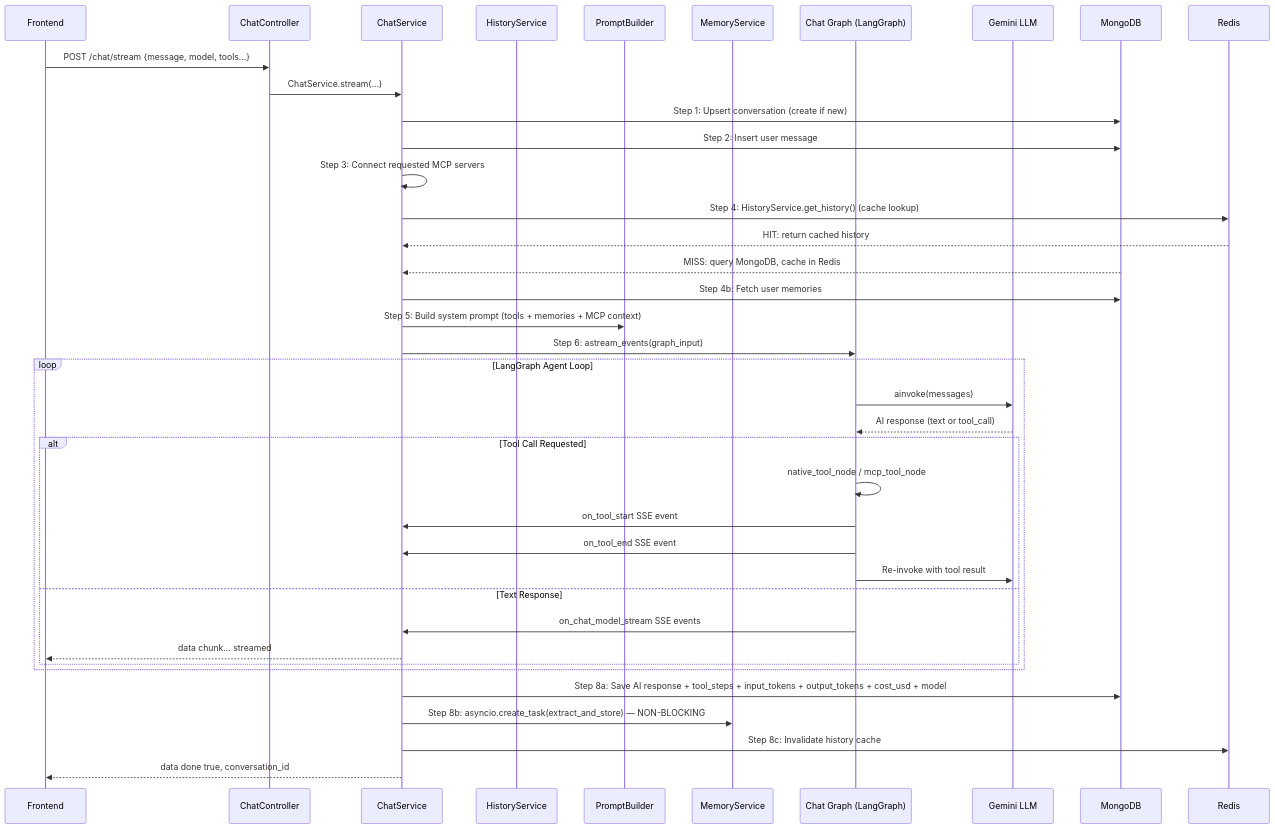
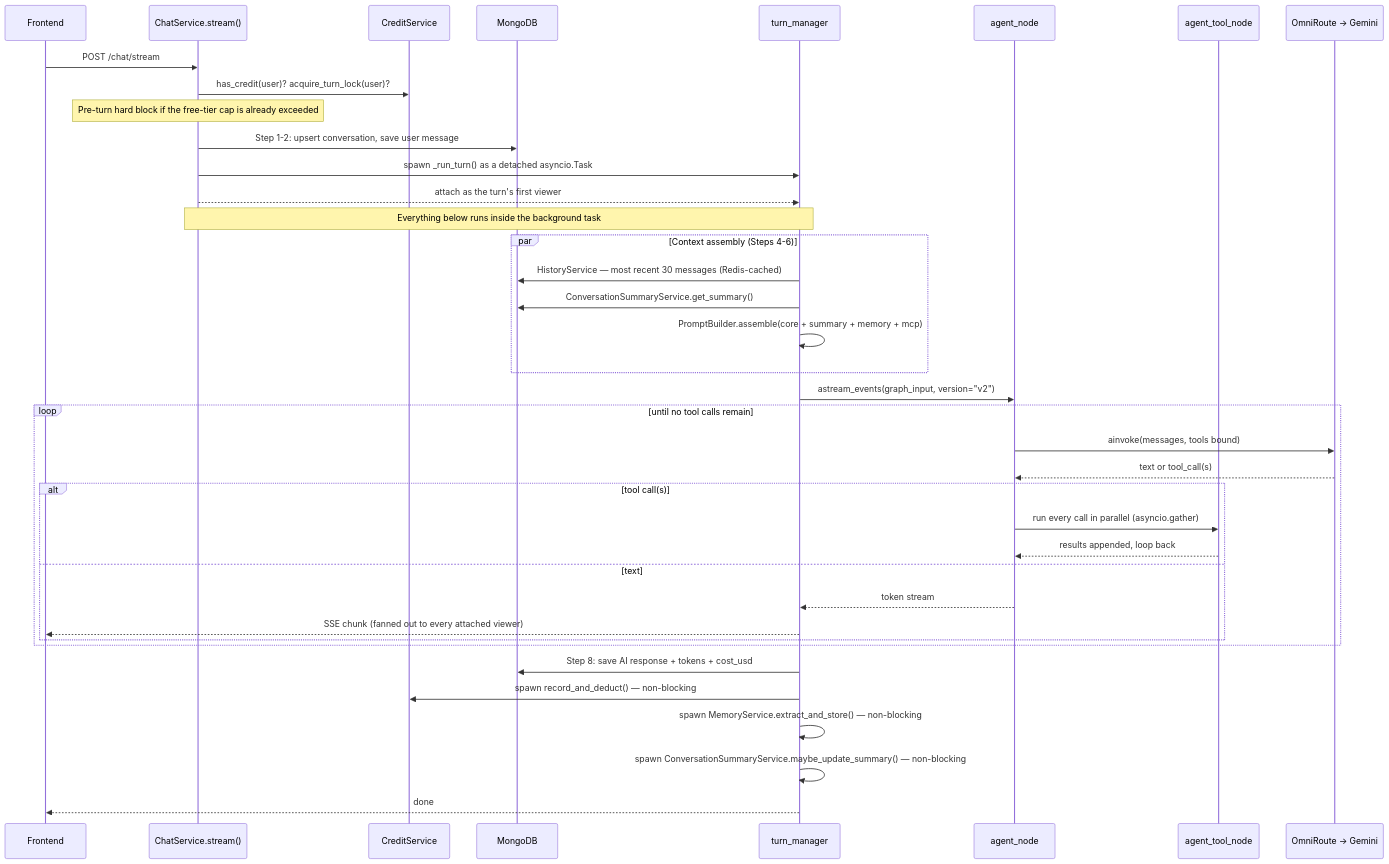
The third of 3 diagrams in README.md (ankit-raj00/Chatbot_backend), drawn with Mermaid before and after one commit. The commit also changed other lines of this file, not shown here.

First line of the commit message:
docs: rewrite README for the current system, not the decommissioned one

````diff
--- a/README.md
+++ b/README.md
@@ -350,45 +287,44 @@
 ```mermaid
 sequenceDiagram
     participant FE as Frontend
-    participant CC as ChatController
-    participant CS as ChatService
-    participant HS as HistoryService
-    participant PB as PromptBuilder
-    participant MS as MemoryService
-    participant CG as Chat Graph (LangGraph)
-    participant GEMINI as Gemini LLM
+    participant CS as ChatService.stream()
+    participant CRED as CreditService
     participant MONGO as MongoDB
-    participant REDIS as Redis
+    participant TM as turn_manager
+    participant AN as agent_node
+    participant ATN as agent_tool_node
+    participant OMNI as OmniRoute → Gemini
 
-    FE->>CC: POST /chat/stream {message, model, tools...}
-    CC->>CS: ChatService.stream(...)
+    FE->>CS: POST /chat/stream
+    CS->>CRED: has_credit(user)? acquire_turn_lock(user)?
+    Note over CS: Pre-turn hard block if the free-tier cap is already exceeded
+    CS->>MONGO: Step 1-2: upsert conversation, save user message
+    CS->>TM: spawn _run_turn() as a detached asyncio.Task
+    CS-->>TM: attach as the turn's first viewer
+    Note over CS,TM: Everything below runs inside the background task
 
-    CS->>MONGO: Step 1: Upsert conversation (create if new)
-    CS->>MONGO: Step 2: Insert user message
-    CS->>CS: Step 3: Connect requested MCP servers
-    CS->>REDIS: Step 4: HistoryService.get_history() (cache lookup)
-    REDIS-->>CS: HIT: return cached history
-    MONGO-->>CS: MISS: query MongoDB, cache in Redis
-    CS->>MONGO: Step 4b: Fetch user memories
-    CS->>PB: Step 5: Build system prompt (tools + memories + MCP context)
-    CS->>CG: Step 6: astream_events(graph_input)
-    
-    loop LangGraph Agent Loop
-        CG->>GEMINI: ainvoke(messages)
-        GEMINI-->>CG: AI response (text or tool_call)
-        alt Tool Call Requested
-            CG->>CG: native_tool_node / mcp_tool_node
-            CG->>CS: on_tool_start SSE event
-            CG->>CS: on_tool_end SSE event
-            CG->>GEMINI: Re-invoke with tool result
-        else Text Response
-            CG->>CS: on_chat_model_stream SSE events
-            CS-->>FE: data chunk... streamed
+    par Context assembly (Steps 4-6)
+        TM->>MONGO: HistoryService — most recent 30 messages (Redis-cached)
+        TM->>MONGO: ConversationSummaryService.get_summary()
+        TM->>TM: PromptBuilder.assemble(core + summary + memory + mcp)
+    end
+
+    TM->>AN: astream_events(graph_input, version="v2")
+    loop until no tool calls remain
+        AN->>OMNI: ainvoke(messages, tools bound)
+        OMNI-->>AN: text or tool_call(s)
+        alt tool call(s)
+            AN->>ATN: run every call in parallel (asyncio.gather)
+            ATN-->>AN: results appended, loop back
+        else text
+            AN-->>TM: token stream
+            TM-->>FE: SSE chunk (fanned out to every attached viewer)
         end
     end
 
-    CS->>MONGO: Step 8a: Save AI response + tool_steps + input_tokens + output_tokens + cost_usd + model
-    CS->>MS: Step 8b: asyncio.create_task(extract_and_store) — NON-BLOCKING
-    CS->>REDIS: Step 8c: Invalidate history cache
-    CS-->>FE: data done true, conversation_id
+    TM->>MONGO: Step 8: save AI response + tokens + cost_usd
+    TM->>CRED: spawn record_and_deduct() — non-blocking
+    TM->>TM: spawn MemoryService.extract_and_store() — non-blocking
+    TM->>TM: spawn ConversationSummaryService.maybe_update_summary() — non-blocking
+    TM-->>FE: done
 ```
````
